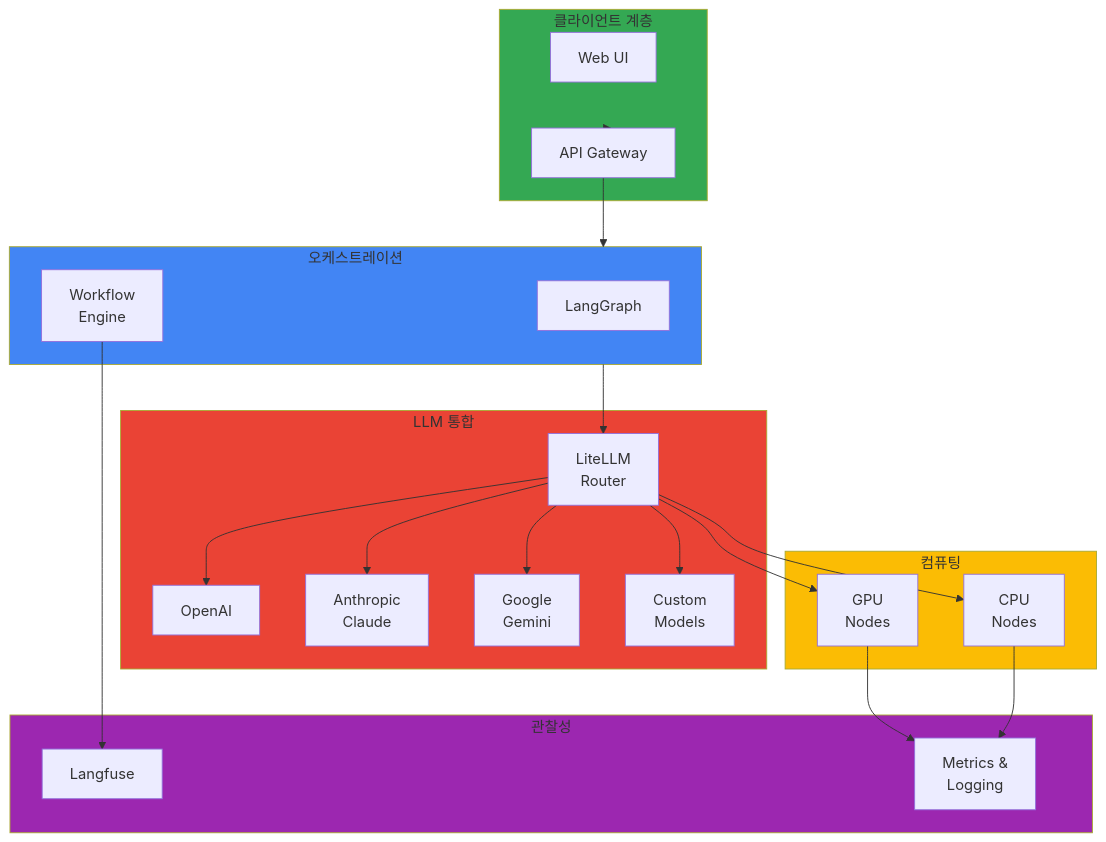
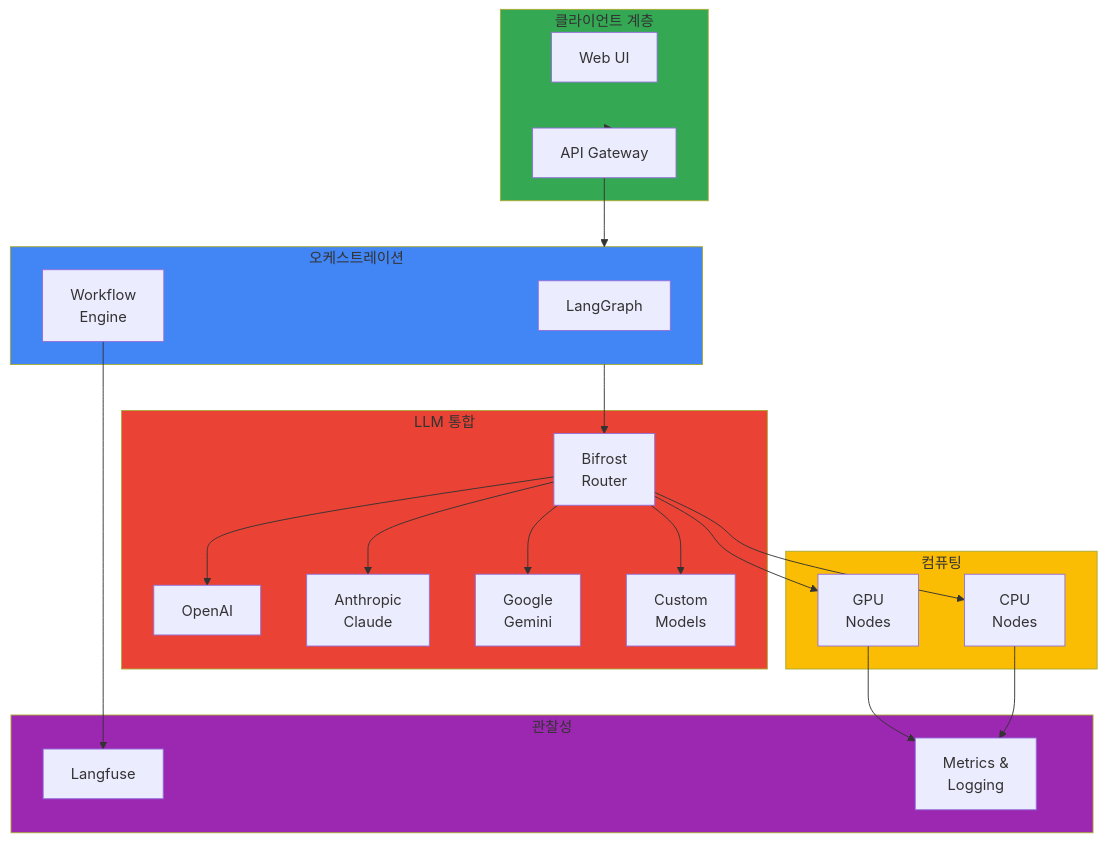
One commit to devfloor9/engineering-playbook changed the diagram in docs/agentic-ai-platform/index.md. Above: the diagram before and after it, drawn with Mermaid. The commit also changed other lines of this file and 13 other files, not shown here.

First line of the commit message:
docs: LLM Router 기본 전환 — Bifrost (primary) + LiteLLM (alternative)

````diff
--- a/docs/agentic-ai-platform/index.md
+++ b/docs/agentic-ai-platform/index.md
@@ -77,49 +77,49 @@
 ```mermaid
 flowchart TB
     subgraph Client["클라이언트 계층"]
         WebUI[Web UI]
         APIGateway[API Gateway]
     end
 
     subgraph Orchestration["오케스트레이션"]
         LangGraph[LangGraph]
         Workflow[Workflow<br/>Engine]
     end
 
     subgraph LLM["LLM 통합"]
-        LiteLLM[LiteLLM<br/>Router]
+        Bifrost[Bifrost<br/>Router]
         OpenAI[OpenAI]
         Anthropic[Anthropic<br/>Claude]
         Google[Google<br/>Gemini]
         Custom[Custom<br/>Models]
     end
 
     subgraph Compute["컴퓨팅"]
         GPU[GPU<br/>Nodes]
         CPU[CPU<br/>Nodes]
     end
 
     subgraph Observability["관찰성"]
         Langfuse[Langfuse]
         Metrics[Metrics &<br/>Logging]
     end
 
     Client --> APIGateway
     APIGateway --> Orchestration
-    Orchestration --> LiteLLM
-    LiteLLM --> OpenAI
-    LiteLLM --> Anthropic
-    LiteLLM --> Google
-    LiteLLM --> Custom
-    LiteLLM --> GPU
-    LiteLLM --> CPU
+    Orchestration --> Bifrost
+    Bifrost --> OpenAI
+    Bifrost --> Anthropic
+    Bifrost --> Google
+    Bifrost --> Custom
+    Bifrost --> GPU
+    Bifrost --> CPU
     Workflow --> Langfuse
     GPU --> Metrics
     CPU --> Metrics
 
     style Client fill:#34a853
     style Orchestration fill:#4285f4
     style LLM fill:#ea4335
     style Compute fill:#fbbc04
     style Observability fill:#9c27b0
 ```
````
